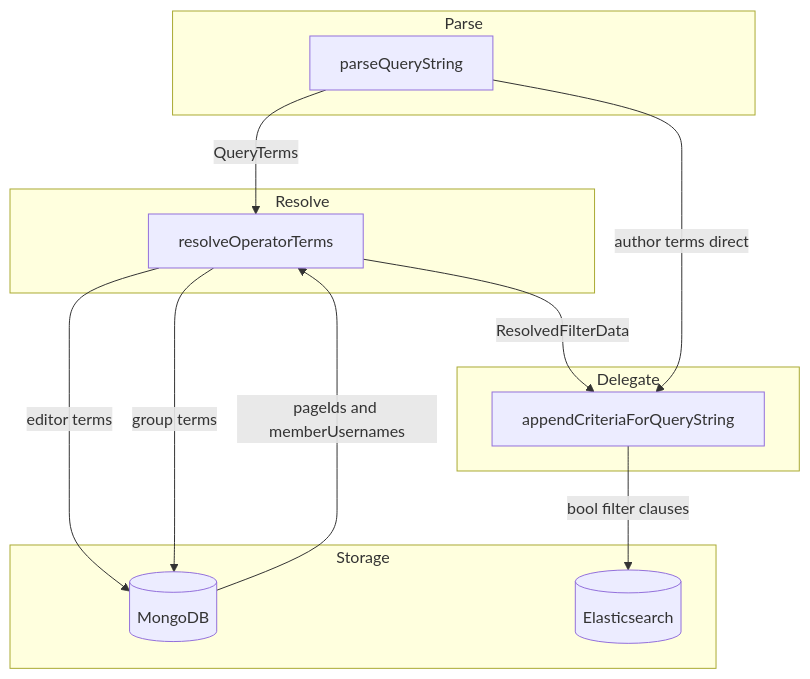
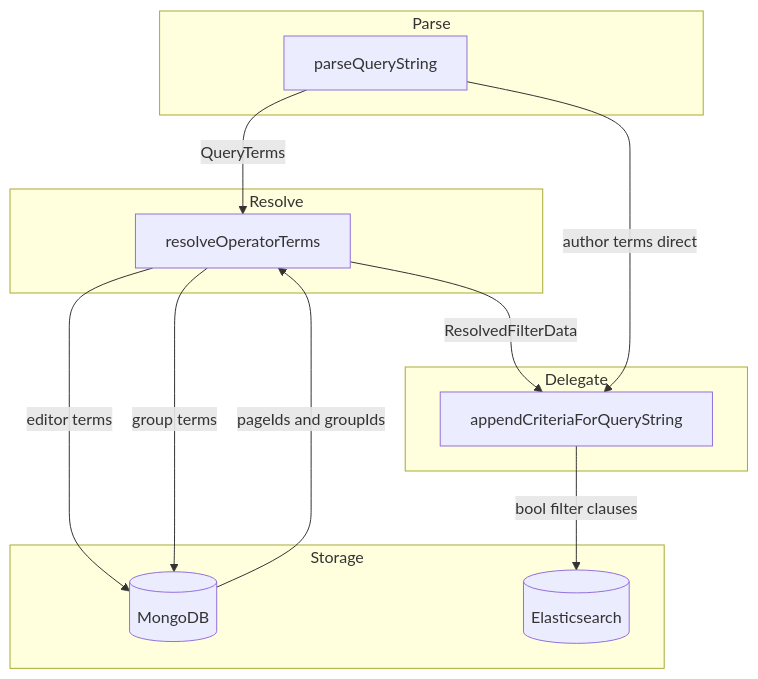
The first of 2 diagrams in .kiro/specs/search-filters/design.md (growilabs/growi), drawn with Mermaid before and after one commit. The commit also changed other lines of this file and 4 other files, not shown here.

````diff
--- a/.kiro/specs/search-filters/design.md
+++ b/.kiro/specs/search-filters/design.md
@@ -82,24 +79,24 @@
 ```mermaid
 graph TB
     subgraph Parse
         P[parseQueryString]
     end
     subgraph Resolve
         R[resolveOperatorTerms]
     end
     subgraph Delegate
         A[appendCriteriaForQueryString]
     end
     subgraph Storage
         DB[(MongoDB)]
         ES[(Elasticsearch)]
     end
 
     P -->|QueryTerms| R
     R -->|editor terms| DB
     R -->|group terms| DB
-    DB -->|pageIds and memberUsernames| R
+    DB -->|pageIds and groupIds| R
     R -->|ResolvedFilterData| A
     P -->|author terms direct| A
     A -->|bool filter clauses| ES
 ```
````
